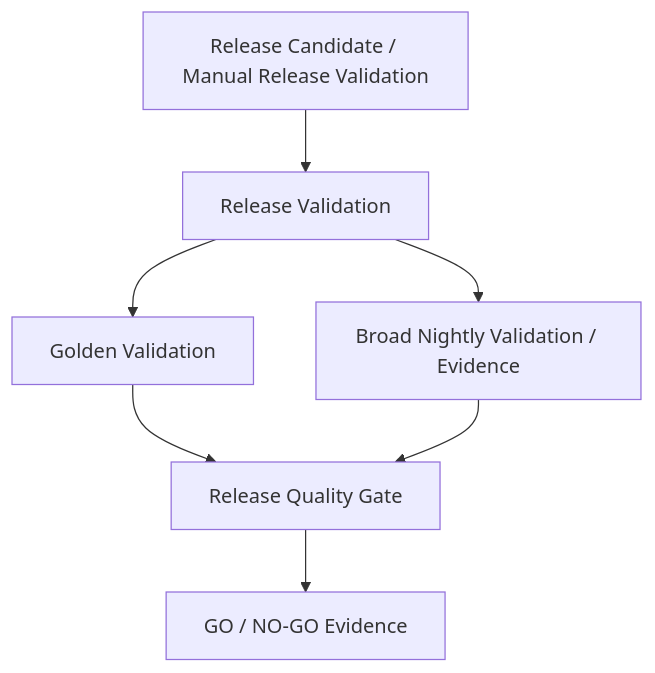
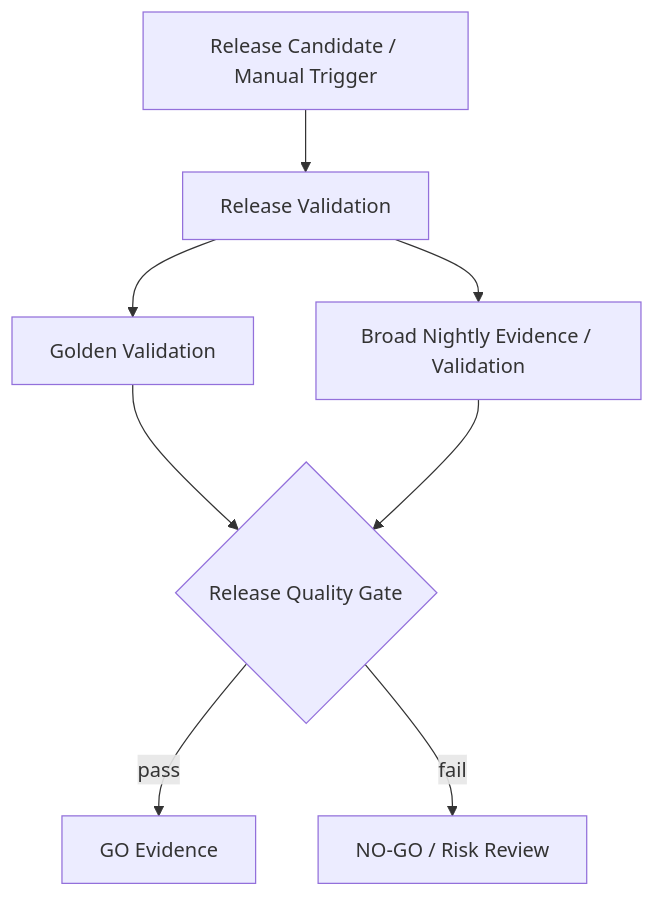
One commit to oleksandrserhieiev-beep/ai-qe-lab changed the fifth of 5 diagrams in docs/architecture.md. Above: the diagram before and after it, drawn with Mermaid. The commit also changed other lines of this file, not shown here.

````diff
--- a/docs/architecture.md
+++ b/docs/architecture.md
@@ -454,9 +233,10 @@
 ```mermaid
 flowchart TD
-    RC[Release Candidate / Manual Release Validation] --> RV[Release Validation]
-    RV --> G[Golden Validation]
-    RV --> N[Broad Nightly Validation / Evidence]
-    G --> Q[Release Quality Gate]
+    RC["Release Candidate / Manual Trigger"] --> RV["Release Validation"]
+    RV --> G["Golden Validation"]
+    RV --> N["Broad Nightly Evidence / Validation"]
+    G --> Q{"Release Quality Gate"}
     N --> Q
-    Q --> D[GO / NO-GO Evidence]
+    Q -->|pass| GO["GO Evidence"]
+    Q -->|fail| NG["NO-GO / Risk Review"]
 ```
````
